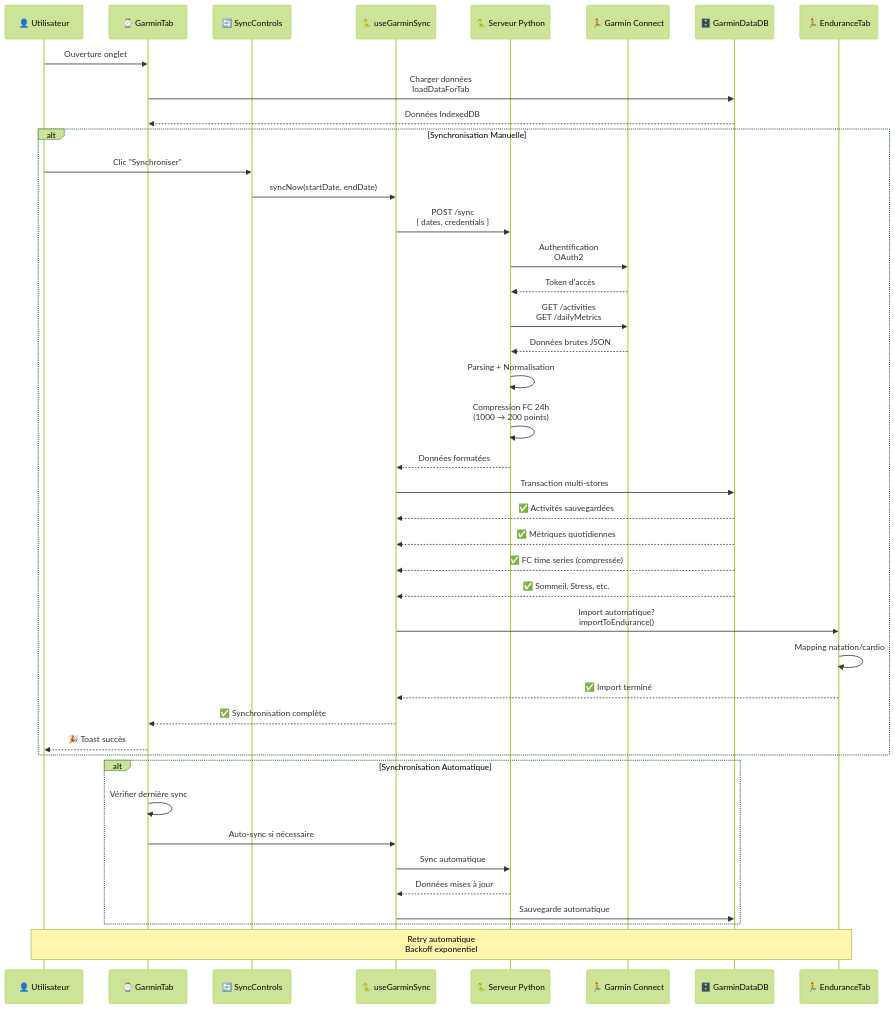
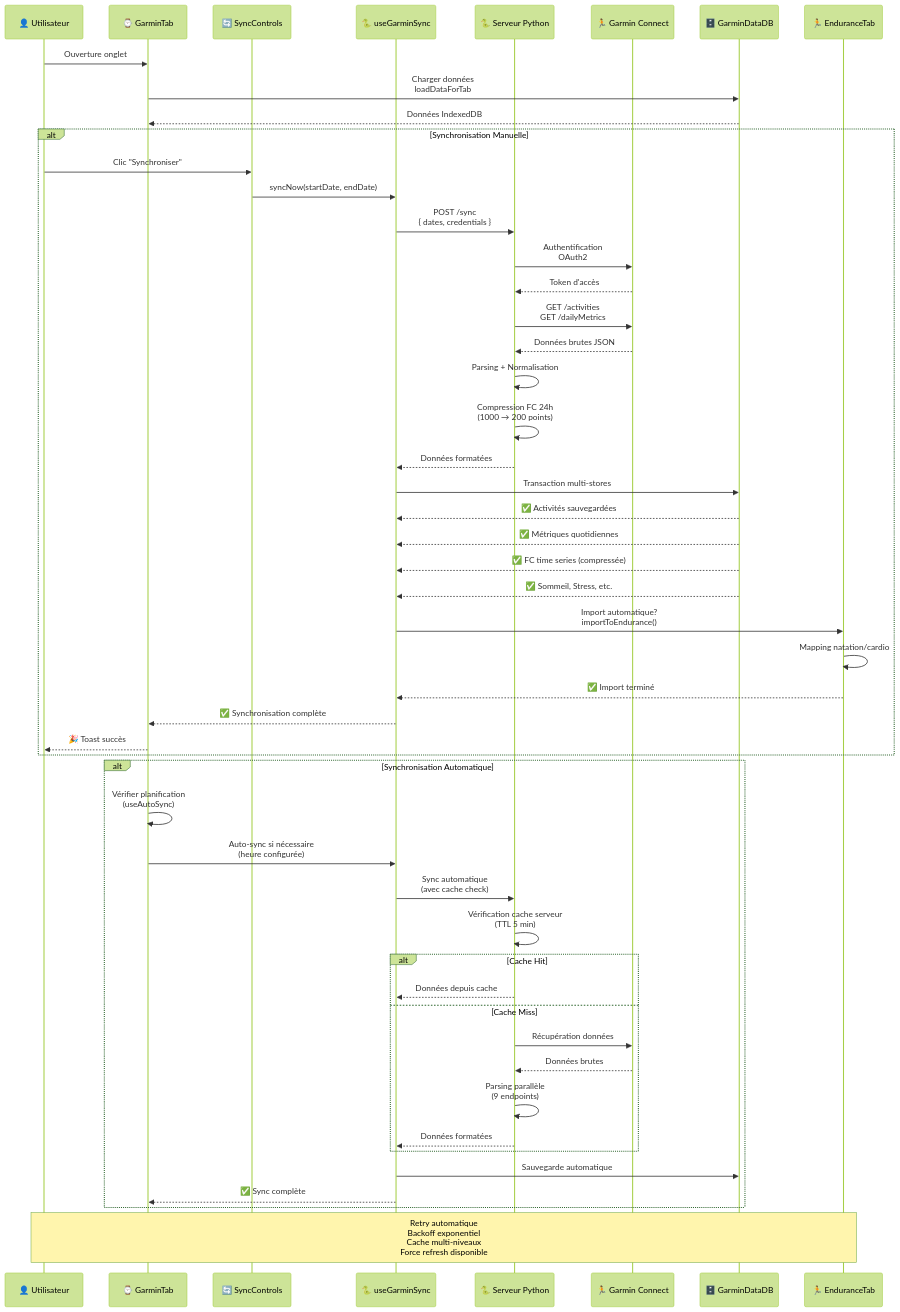
Before and after one commit to zingariello1314/workouttracker: diagram 22 of 26 in README.md, drawn with Mermaid (forest theme). The commit also changed other lines of this file and 26 other files, not shown here.

````diff
--- a/README.md
+++ b/README.md
@@ -2474,52 +2499,61 @@
 ```mermaid
 sequenceDiagram
     participant U as 👤 Utilisateur
     participant GT as ⌚ GarminTab
     participant SC as 🔄 SyncControls
     participant GS as 🐍 useGarminSync
     participant API as 🐍 Serveur Python
     participant GC as 🏃 Garmin Connect
     participant GDB as 🗄️ GarminDataDB
     participant ET as 🏃 EnduranceTab
 
     U->>GT: Ouverture onglet
     GT->>GDB: Charger données<br/>loadDataForTab
     GDB-->>GT: Données IndexedDB
     
     alt Synchronisation Manuelle
         U->>SC: Clic "Synchroniser"
         SC->>GS: syncNow(startDate, endDate)
         GS->>API: POST /sync<br/>{ dates, credentials }
         API->>GC: Authentification<br/>OAuth2
         GC-->>API: Token d'accès
         API->>GC: GET /activities<br/>GET /dailyMetrics
         GC-->>API: Données brutes JSON
         
         API->>API: Parsing + Normalisation
         API->>API: Compression FC 24h<br/>(1000 → 200 points)
         API-->>GS: Données formatées
         
         GS->>GDB: Transaction multi-stores
         GDB-->>GS: ✅ Activités sauvegardées
         GDB-->>GS: ✅ Métriques quotidiennes
         GDB-->>GS: ✅ FC time series (compressée)
         GDB-->>GS: ✅ Sommeil, Stress, etc.
         
         GS->>ET: Import automatique?<br/>importToEndurance()
         ET->>ET: Mapping natation/cardio
         ET-->>GS: ✅ Import terminé
         
         GS-->>GT: ✅ Synchronisation complète
         GT-->>U: 🎉 Toast succès
     end
     
     alt Synchronisation Automatique
-        GT->>GT: Vérifier dernière sync
-        GT->>GS: Auto-sync si nécessaire
-        GS->>API: Sync automatique
-        API-->>GS: Données mises à jour
+        GT->>GT: Vérifier planification<br/>(useAutoSync)
+        GT->>GS: Auto-sync si nécessaire<br/>(heure configurée)
+        GS->>API: Sync automatique<br/>(avec cache check)
+        API->>API: Vérification cache serveur<br/>(TTL 5 min)
+        alt Cache Hit
+            API-->>GS: Données depuis cache
+        else Cache Miss
+            API->>GC: Récupération données
+            GC-->>API: Données brutes
+            API->>API: Parsing parallèle<br/>(9 endpoints)
+            API-->>GS: Données formatées
+        end
         GS->>GDB: Sauvegarde automatique
+        GS-->>GT: ✅ Sync complète
     end
     
-    Note over U,ET: Retry automatique<br/>Backoff exponentiel
+    Note over U,ET: Retry automatique<br/>Backoff exponentiel<br/>Cache multi-niveaux<br/>Force refresh disponible
 ```
````
